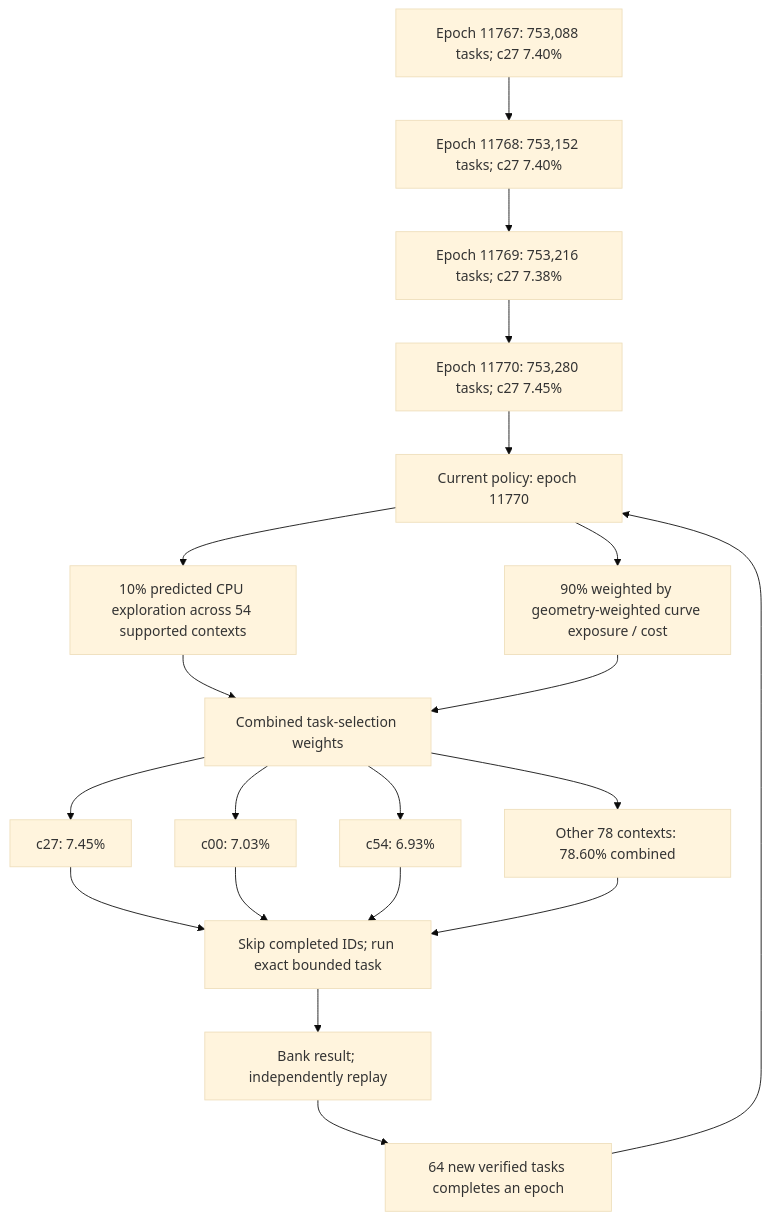
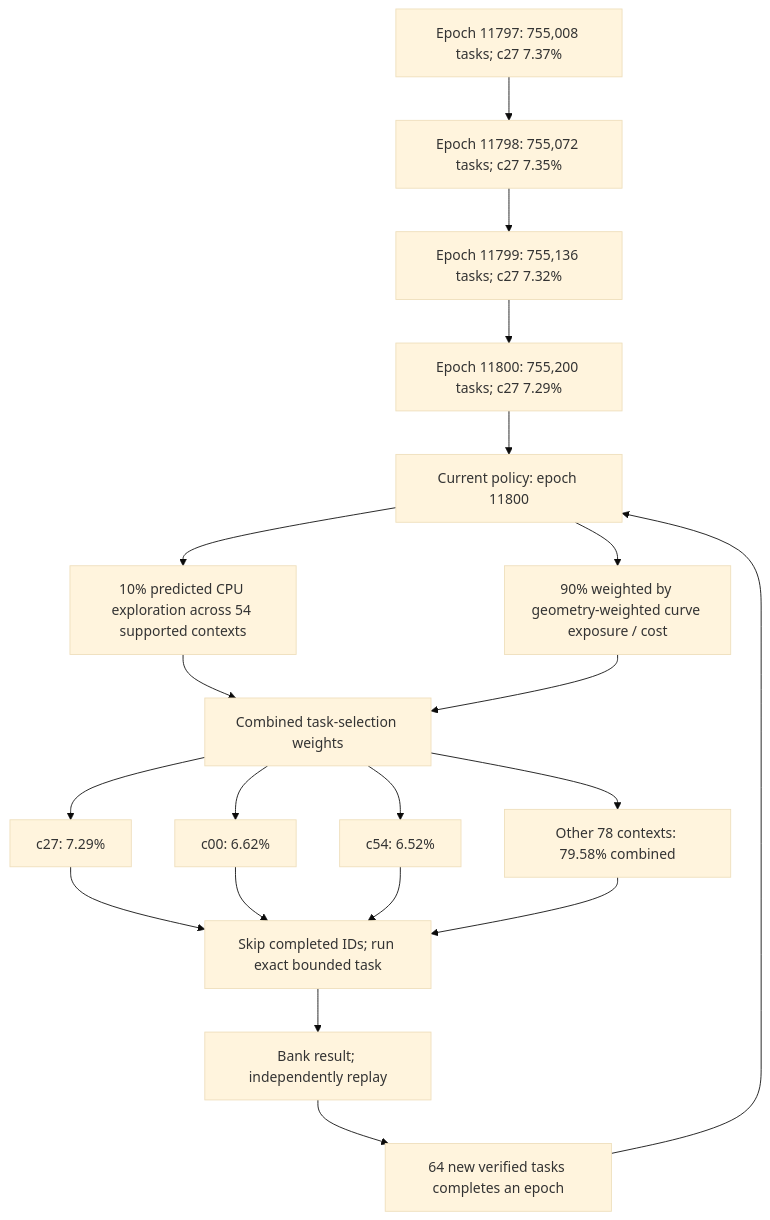
One commit to Kuberwastaken/math-gambling changed the first of 4 diagrams in README.md. Above: the diagram before and after it, drawn with Mermaid (base theme). The commit also changed other lines of this file and 6134 other files, not shown here.

````diff
--- a/README.md
+++ b/README.md
@@ -60,27 +60,27 @@
 ```mermaid
 flowchart TD
-    H0["Epoch 11767: 753,088 tasks; c27 7.40%"]
-    H1["Epoch 11768: 753,152 tasks; c27 7.40%"]
+    H0["Epoch 11797: 755,008 tasks; c27 7.37%"]
+    H1["Epoch 11798: 755,072 tasks; c27 7.35%"]
     H0 --> H1
-    H2["Epoch 11769: 753,216 tasks; c27 7.38%"]
+    H2["Epoch 11799: 755,136 tasks; c27 7.32%"]
     H1 --> H2
-    H3["Epoch 11770: 753,280 tasks; c27 7.45%"]
+    H3["Epoch 11800: 755,200 tasks; c27 7.29%"]
     H2 --> H3
-    Policy["Current policy: epoch 11770"]
+    Policy["Current policy: epoch 11800"]
     H3 --> Policy
     Policy --> Explore["10% predicted CPU exploration across 54 supported contexts"]
     Policy --> Cost["90% weighted by geometry-weighted curve exposure / cost"]
     Explore --> Mix["Combined task-selection weights"]
     Cost --> Mix
-    Mix --> C0["c27: 7.45%"]
-    Mix --> C1["c00: 7.03%"]
-    Mix --> C2["c54: 6.93%"]
-    Mix --> Rest["Other 78 contexts: 78.60% combined"]
+    Mix --> C0["c27: 7.29%"]
+    Mix --> C1["c00: 6.62%"]
+    Mix --> C2["c54: 6.52%"]
+    Mix --> Rest["Other 78 contexts: 79.58% combined"]
     C0 --> Check["Skip completed IDs; run exact bounded task"]
     C1 --> Check
     C2 --> Check
     Rest --> Check
     Check --> Replay["Bank result; independently replay"]
     Replay --> Gate["64 new verified tasks completes an epoch"]
     Gate --> Policy
 ```
````
